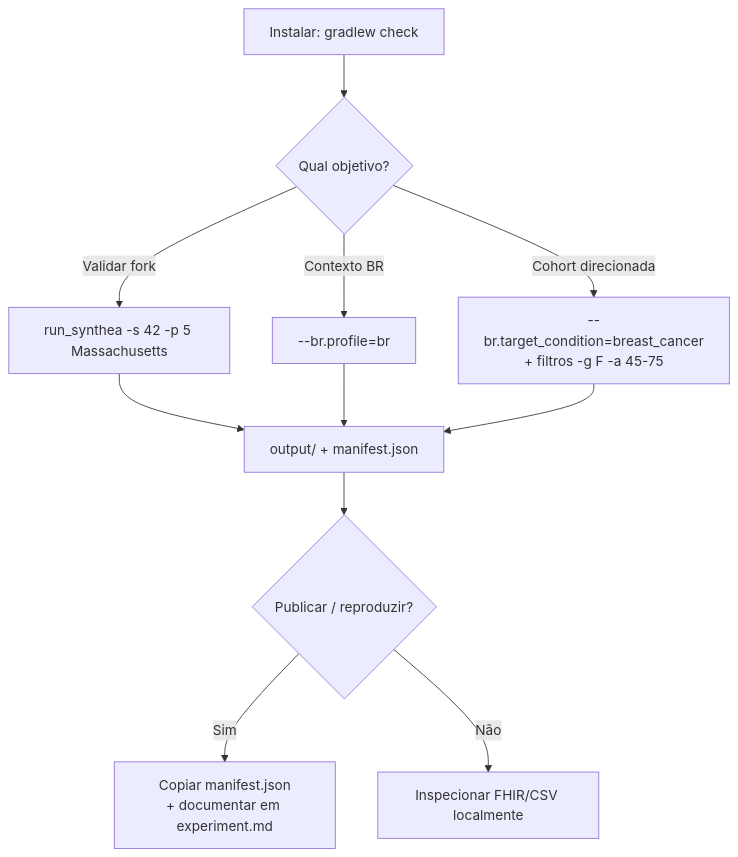
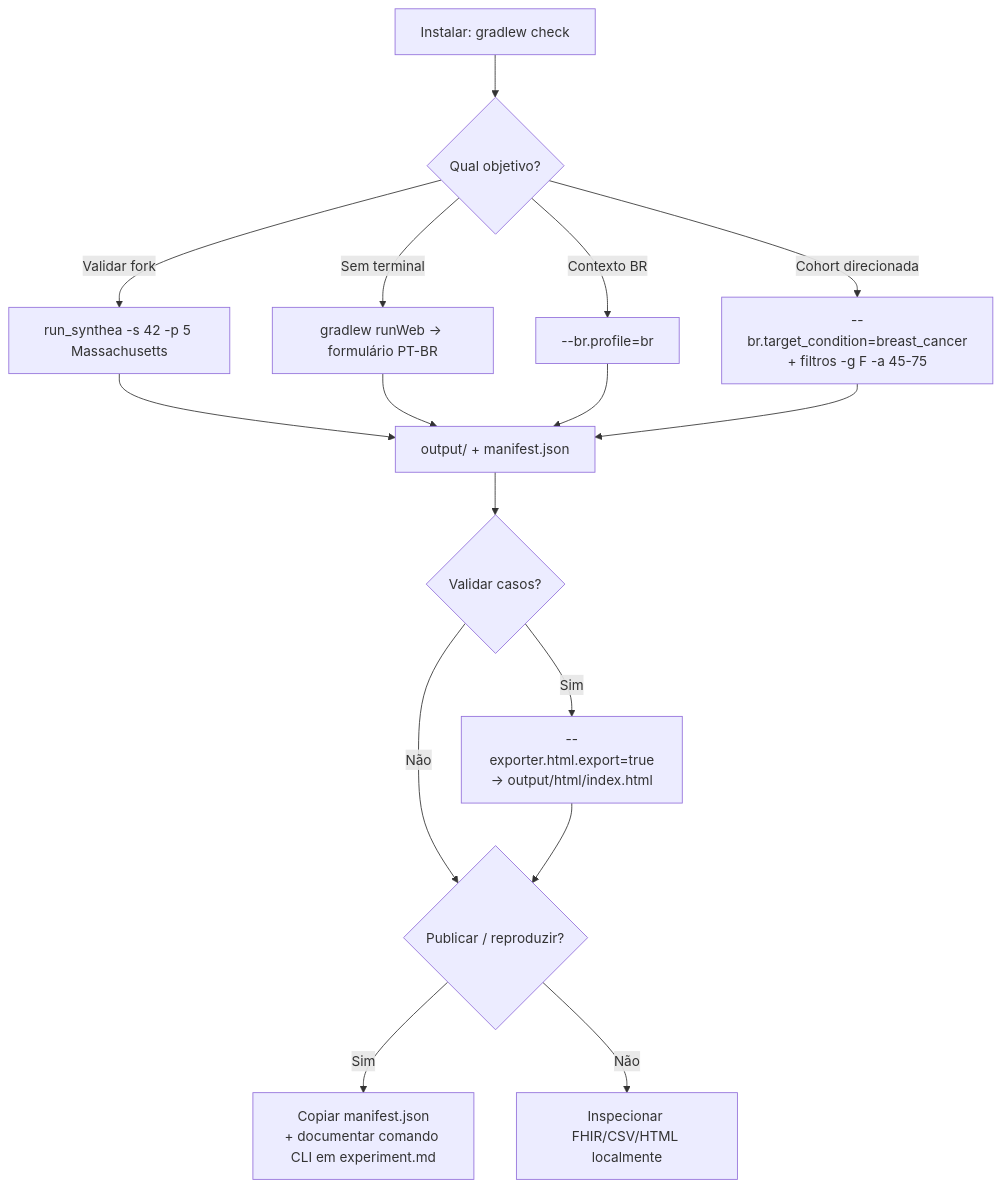
One commit to richardpalmas/synthea-br changed the diagram in docs/GUIA-DE-USO.md. Above: the diagram before and after it, drawn with Mermaid. The commit also changed other lines of this file and 135 other files, not shown here.

First line of the commit message:
Add web UI, narrative HTML export, and AI enrichment

````diff
--- a/docs/GUIA-DE-USO.md
+++ b/docs/GUIA-DE-USO.md
@@ -295,13 +557,18 @@
 ```mermaid
 flowchart TD
     A[Instalar: gradlew check] --> B{Qual objetivo?}
     B -->|Validar fork| C[run_synthea -s 42 -p 5 Massachusetts]
+    B -->|Sem terminal| W[gradlew runWeb → formulário PT-BR]
     B -->|Contexto BR| D[--br.profile=br]
     B -->|Cohort direcionada| E[--br.target_condition=breast_cancer<br/>+ filtros -g F -a 45-75]
     C --> F[output/ + manifest.json]
+    W --> F
     D --> F
     E --> F
-    F --> G{Publicar / reproduzir?}
-    G -->|Sim| H[Copiar manifest.json<br/>+ documentar em experiment.md]
-    G -->|Não| I[Inspecionar FHIR/CSV localmente]
+    F --> H{Validar casos?}
+    H -->|Sim| N[--exporter.html.export=true<br/>→ output/html/index.html]
+    H -->|Não| G{Publicar / reproduzir?}
+    N --> G
+    G -->|Sim| I[Copiar manifest.json<br/>+ documentar comando CLI em experiment.md]
+    G -->|Não| J[Inspecionar FHIR/CSV/HTML localmente]
 ```
````
